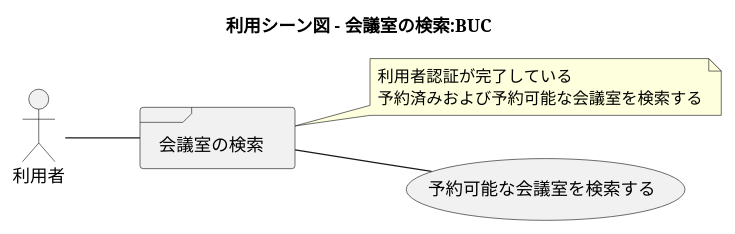
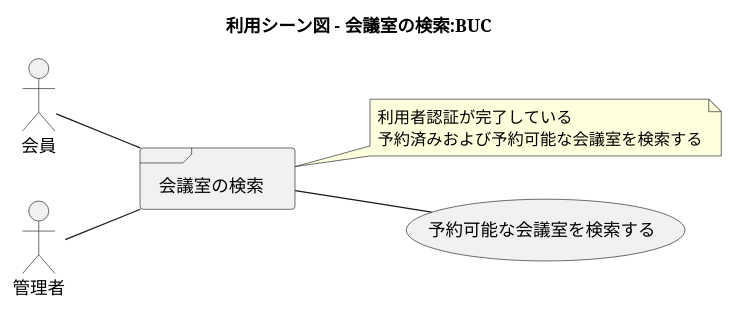
The ninth of 19 diagrams in docs/index.adoc (k2works/case-study-mrs), drawn with PlantUML before and after one commit. The commit also changed other lines of this file and 21 other files, not shown here.

```diff
--- a/docs/index.adoc
+++ b/docs/index.adoc
@@ -283,24 +300,26 @@
 [plantuml]
 ----
 @startuml
 
 title 利用シーン図 - 会議室の検索:BUC
 
 left to right direction
 
-actor 利用者
+actor 会員 as ac_01
+actor 管理者 as ac_02
 
 frame 会議室の検索
 note right of 会議室の検索
   利用者認証が完了している
   予約済みおよび予約可能な会議室を検索する
 end note
 
 usecase 予約可能な会議室を検索する
 
-:利用者: -- 会議室の検索
+:ac_01: -- 会議室の検索
+:ac_02: -- 会議室の検索
 会議室の検索 -- (予約可能な会議室を検索する)
 
 
 @enduml
 ----
```
